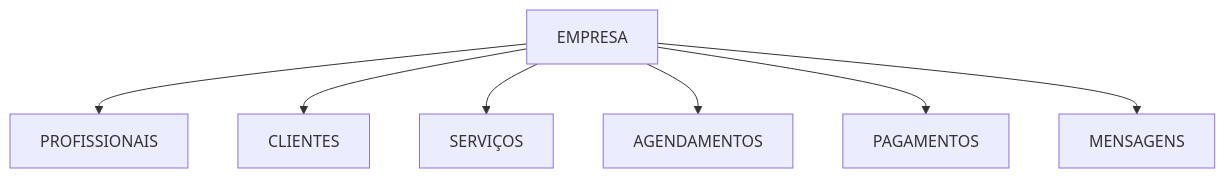
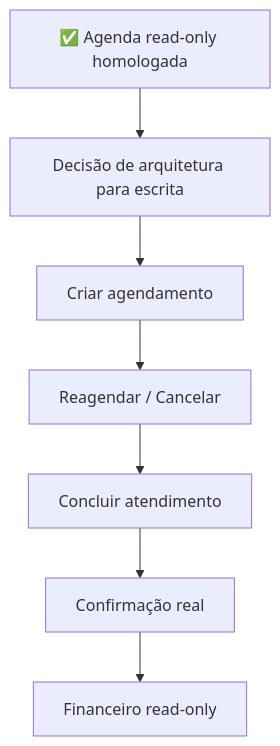
The fourth of 4 diagrams in README.md (Kelencs/beautyflow-ai), drawn with Mermaid before and after one commit. The commit also changed other lines of this file and 3 other files, not shown here.

First line of the commit message:
docs: sync BeautyFlow after real Agenda homologation

````diff
--- a/README.md
+++ b/README.md
@@ -367,10 +432,9 @@
 ```mermaid
 flowchart TD
-    A["EMPRESA"]
-    A --> B["PROFISSIONAIS"]
-    A --> C["CLIENTES"]
-    A --> D["SERVIÇOS"]
-    A --> E["AGENDAMENTOS"]
-    A --> F["PAGAMENTOS"]
-    A --> G["MENSAGENS"]
+    A["✅ Agenda read-only homologada"] --> B["Decisão de arquitetura para escrita"]
+    B --> C["Criar agendamento"]
+    C --> D["Reagendar / Cancelar"]
+    D --> E["Concluir atendimento"]
+    E --> F["Confirmação real"]
+    F --> G["Financeiro read-only"]
 ```
````
